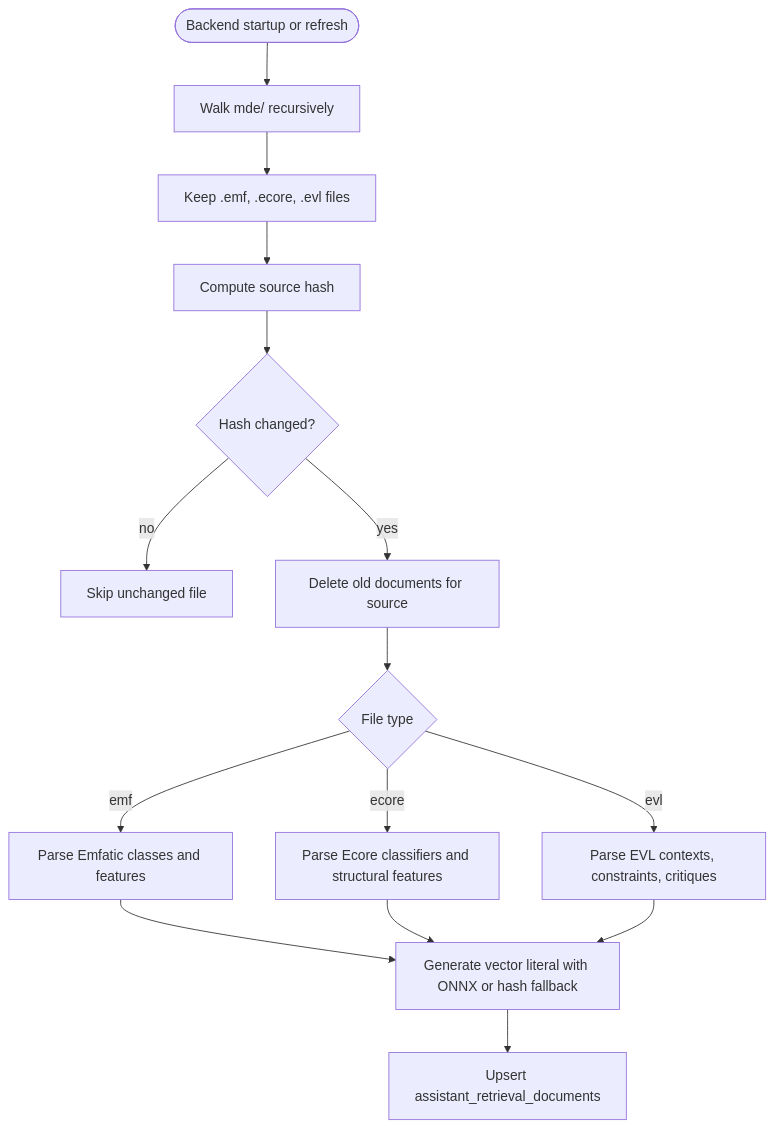
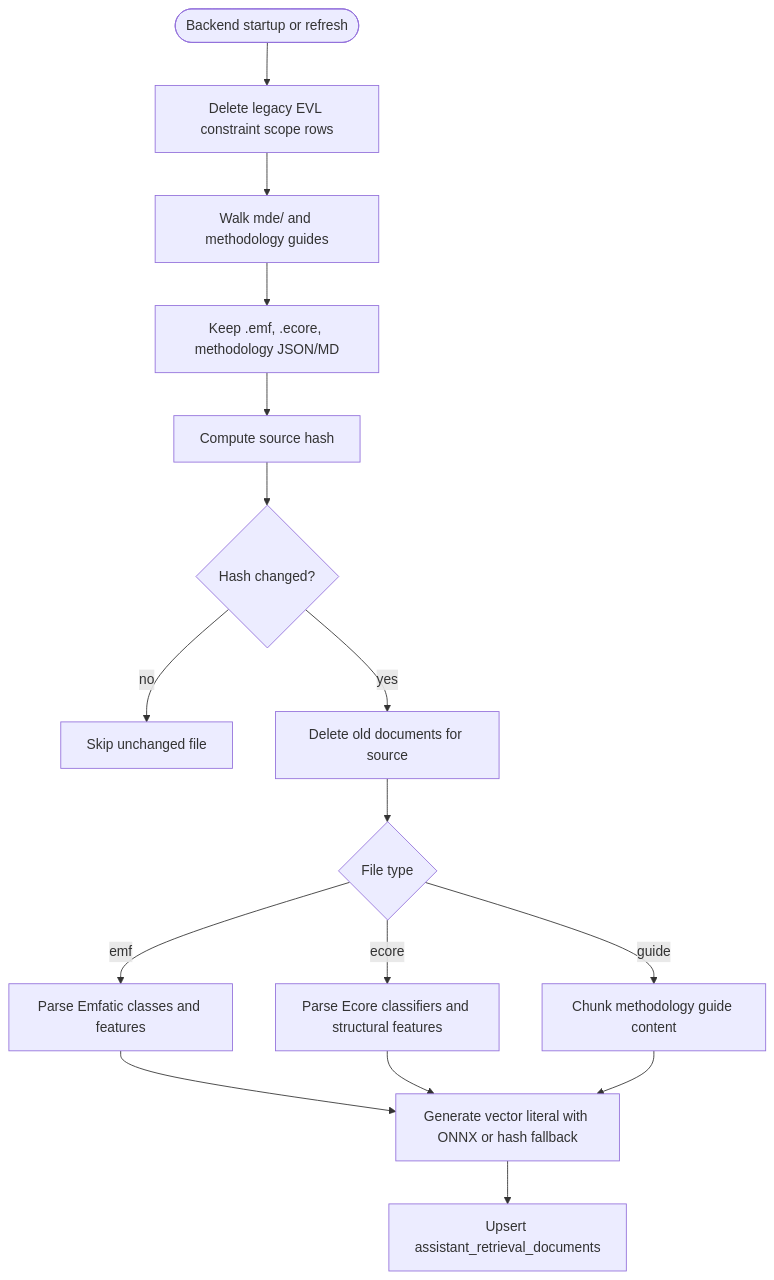
One commit to mehdieidi/modriss changed the fifth of 7 diagrams in docs/diagrams/22-major-function-flows.md. Above: the diagram before and after it, drawn with Mermaid. The commit also changed other lines of this file and 50 other files, not shown here.

````diff
--- a/docs/diagrams/22-major-function-flows.md
+++ b/docs/diagrams/22-major-function-flows.md
@@ -103,24 +103,25 @@
 ```mermaid
 flowchart TD
     start([Backend startup or refresh])
-    walk["Walk mde/ recursively"]
-    filter["Keep .emf, .ecore, .evl files"]
+    purge["Delete legacy EVL constraint scope rows"]
+    walk["Walk mde/ and methodology guides"]
+    filter["Keep .emf, .ecore, methodology JSON/MD"]
     hash["Compute source hash"]
     changed{"Hash changed?"}
     skip["Skip unchanged file"]
     delete["Delete old documents for source"]
     parse{"File type"}
     emf["Parse Emfatic classes and features"]
     ecore["Parse Ecore classifiers and structural features"]
-    evl["Parse EVL contexts, constraints, critiques"]
+    guide["Chunk methodology guide content"]
     embed["Generate vector literal with ONNX or hash fallback"]
     upsert["Upsert assistant_retrieval_documents"]
 
-    start --> walk --> filter --> hash --> changed
+    start --> purge --> walk --> filter --> hash --> changed
     changed -- no --> skip
     changed -- yes --> delete --> parse
     parse -- emf --> emf --> embed
     parse -- ecore --> ecore --> embed
-    parse -- evl --> evl --> embed
+    parse -- guide --> guide --> embed
     embed --> upsert
 ```
````
